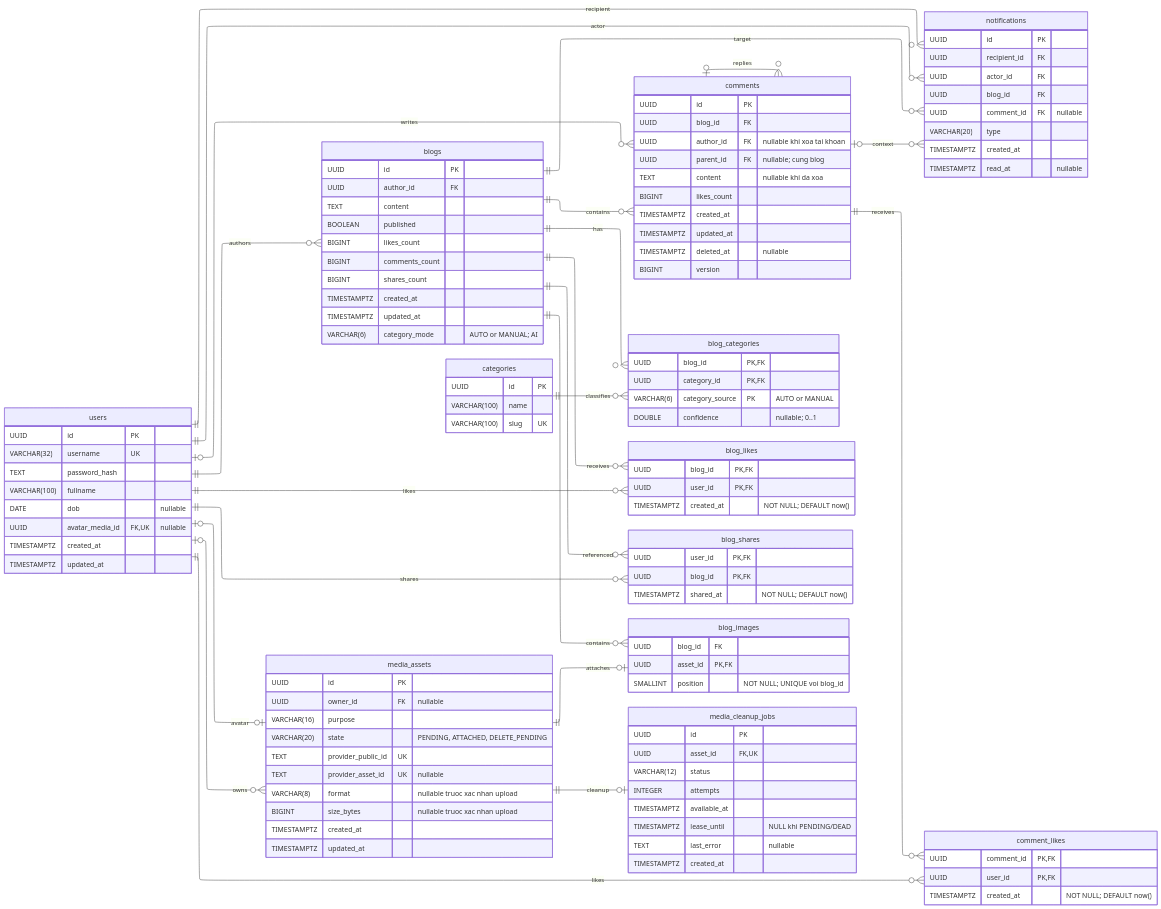
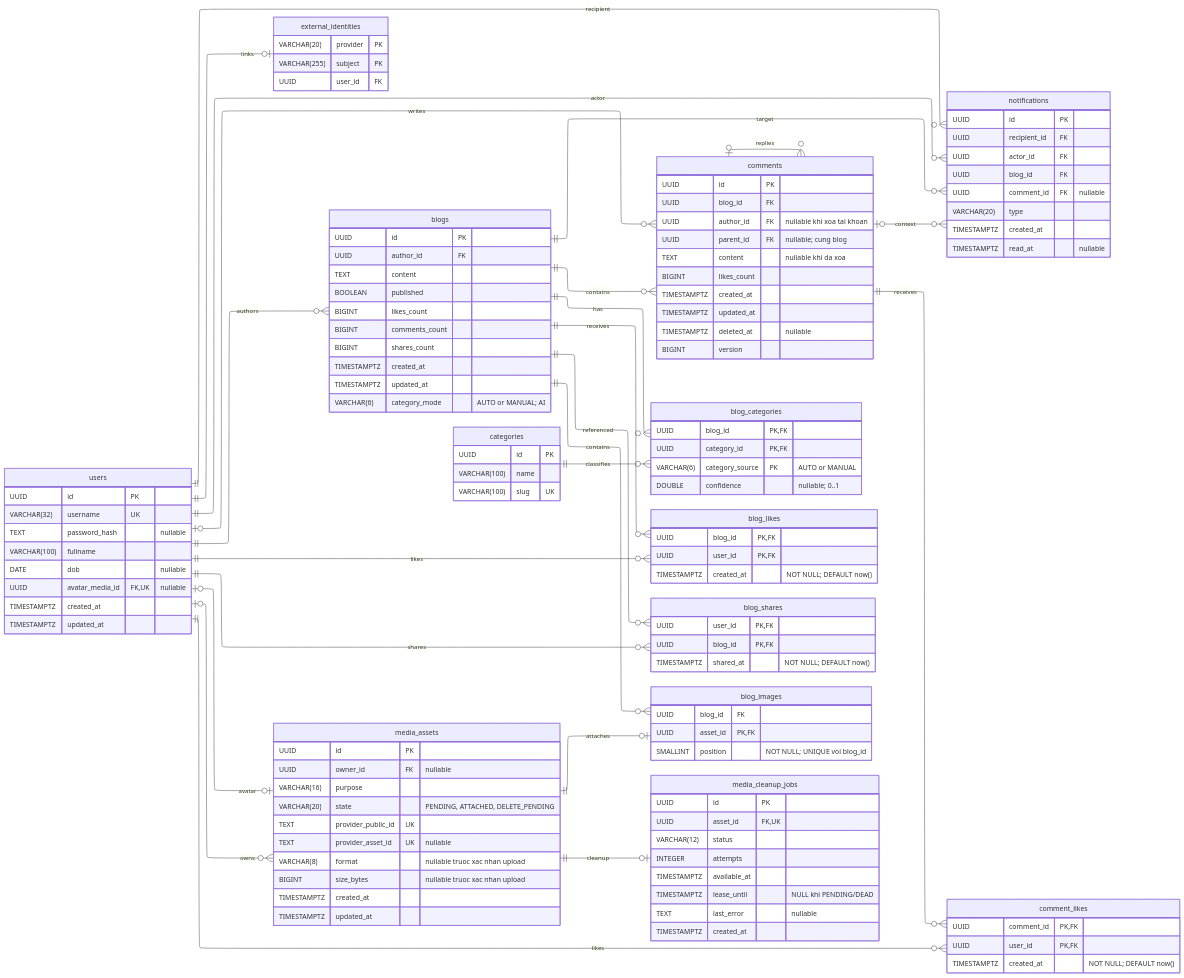
One commit to Ngocanhjr/SoulSpace changed the first of 4 diagrams in docs/spec/03-postgresql.md. Above: the diagram before and after it, drawn with Mermaid. The commit also changed other lines of this file and 81 other files, not shown here.

```diff
--- a/docs/spec/03-postgresql.md
+++ b/docs/spec/03-postgresql.md
@@ -100,6 +123,7 @@
 ---
 erDiagram
     direction LR
+    users ||--o| external_identities : links
     users ||--o{ notifications : recipient
     users ||--o{ notifications : actor
     blogs ||--o{ notifications : target
@@ -125,12 +149,18 @@
     users {
         UUID id PK
         VARCHAR(32) username UK
-        TEXT password_hash
+        TEXT password_hash "nullable"
         VARCHAR(100) fullname
         DATE dob "nullable"
         UUID avatar_media_id FK, UK "nullable"
         TIMESTAMPTZ created_at
         TIMESTAMPTZ updated_at
+    }
+
+    external_identities {
+        VARCHAR(20) provider PK
+        VARCHAR(255) subject PK
+        UUID user_id FK
     }
 
     blog_categories {
```
